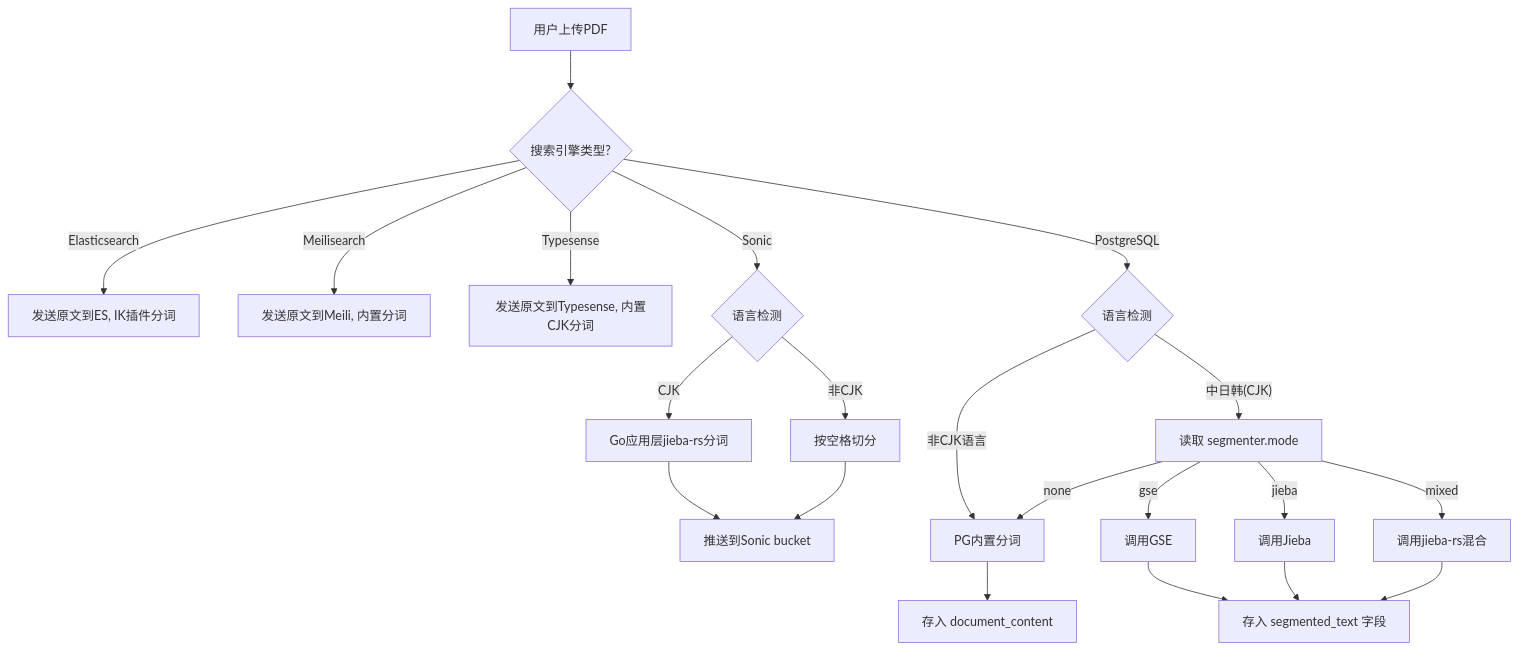
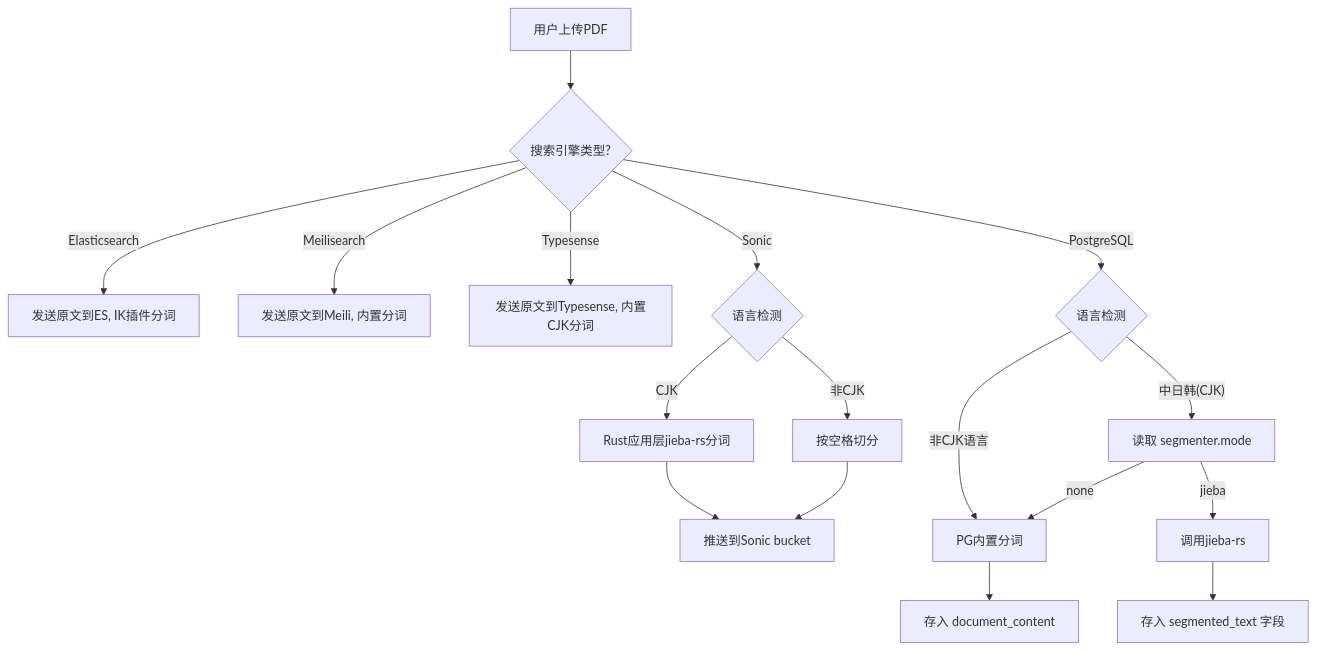
The diagram in rust/05-分词搜索方案.md (aaro-n/book), drawn with Mermaid before and after one commit. The commit also changed other lines of this file and 4 other files, not shown here.

````diff
--- a/rust/05-分词搜索方案.md
+++ b/rust/05-分词搜索方案.md
@@ -174,25 +172,23 @@
 ```mermaid
 graph TD
     A[用户上传PDF] --> B{搜索引擎类型?}
     
     B -- Elasticsearch --> C1[发送原文到ES, IK插件分词]
     B -- Meilisearch --> C2[发送原文到Meili, 内置分词]
     B -- Typesense --> C3[发送原文到Typesense, 内置CJK分词]
     B -- Sonic --> C4{语言检测}
     B -- PostgreSQL --> C5{语言检测}
     
-    C4 -- CJK --> D4[Go应用层jieba-rs分词]
+    C4 -- CJK --> D4[Rust应用层jieba-rs分词]
     C4 -- 非CJK --> E4[按空格切分]
     D4 & E4 --> F4[推送到Sonic bucket]
     
     C5 -- 非CJK语言 --> E5[PG内置分词]
     C5 -- 中日韩(CJK) --> F5[读取 segmenter.mode]
     
-    F5 -- gse --> G[调用GSE]
-    F5 -- jieba --> H[调用Jieba]
-    F5 -- mixed --> I[调用jieba-rs混合]
+    F5 -- jieba --> H[调用jieba-rs]
     F5 -- none --> E5
     
-    G & H & I --> J[存入 segmented_text 字段]
+    H --> J[存入 segmented_text 字段]
     E5 --> K[存入 document_content]
 ```
````
